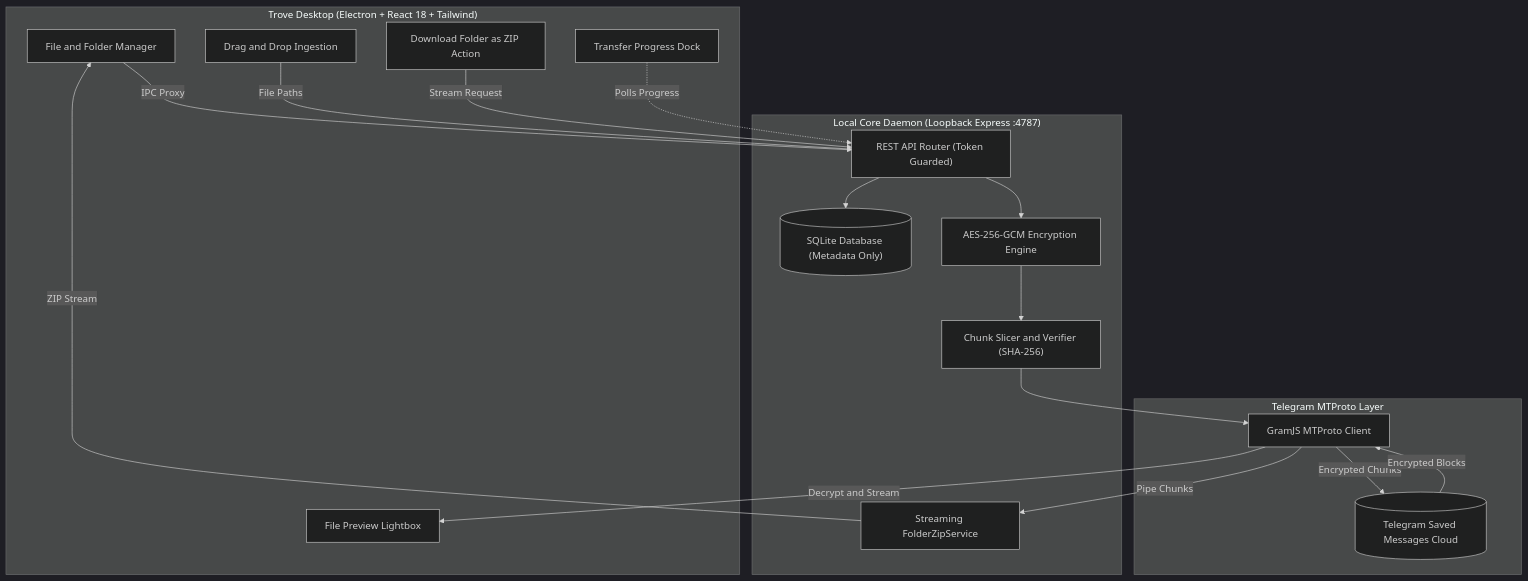
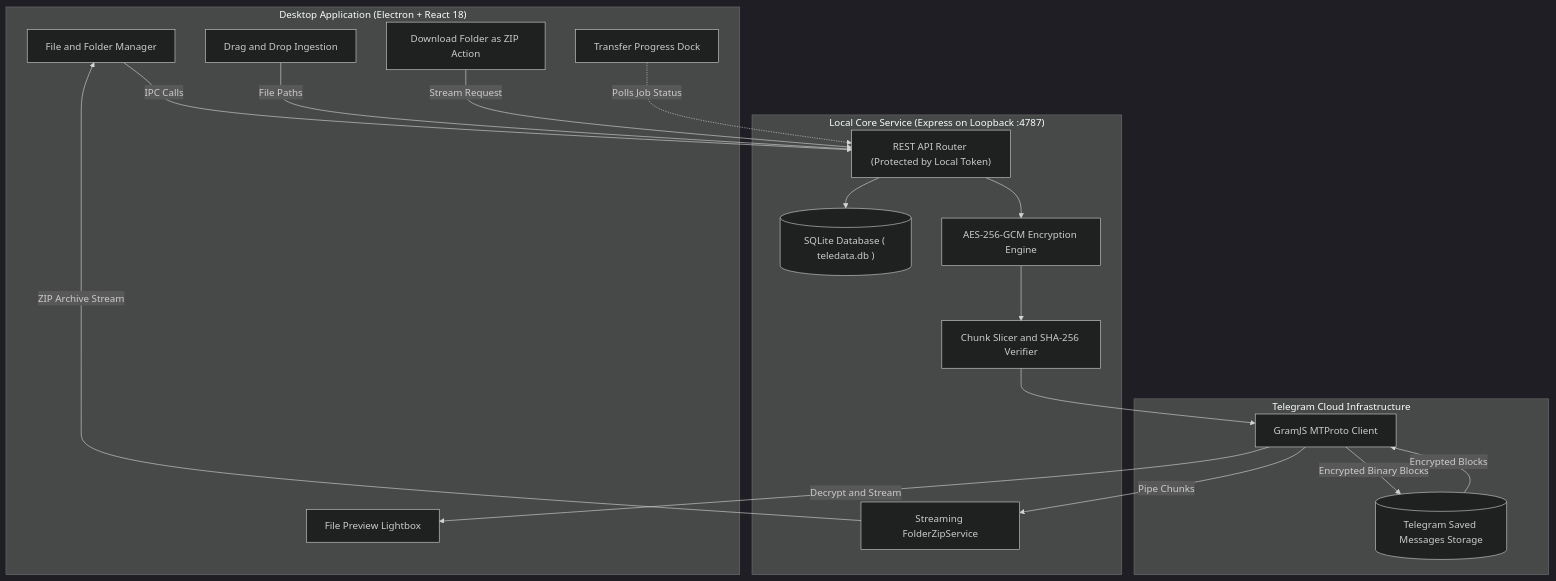
The diagram in README.md (Daksh-create349/TROVE), drawn with Mermaid (dark theme) before and after one commit. The commit also changed other lines of this file and 1 other file, not shown here.

````diff
--- a/README.md
+++ b/README.md
@@ -99,38 +177,38 @@
 ```mermaid
 flowchart TD
-    subgraph Frontend ["Trove Desktop (Electron + React 18 + Tailwind)"]
+    subgraph Frontend ["Desktop Application (Electron + React 18)"]
         UI["File and Folder Manager"]
         DD["Drag and Drop Ingestion"]
-        ZBTN["Download Folder as ZIP Action"]
-        PVW["File Preview Lightbox"]
-        BAR["Transfer Progress Dock"]
+        ZIP_BTN["Download Folder as ZIP Action"]
+        PREV["File Preview Lightbox"]
+        DOCK["Transfer Progress Dock"]
     end
 
-    subgraph LocalCore ["Local Core Daemon (Loopback Express :4787)"]
-        API["REST API Router (Token Guarded)"]
-        SQL[("SQLite Database (Metadata Only)")]
-        CRYPT["AES-256-GCM Encryption Engine"]
-        CHUNK["Chunk Slicer and Verifier (SHA-256)"]
-        ZIP["Streaming FolderZipService"]
+    subgraph Core ["Local Core Service (Express on Loopback :4787)"]
+        ROUTER["REST API Router (Protected by Local Token)"]
+        SQL[("SQLite Database ( teledata.db )")]
+        CRYPTO["AES-256-GCM Encryption Engine"]
+        SLICER["Chunk Slicer and SHA-256 Verifier"]
+        ZIPPER["Streaming FolderZipService"]
     end
 
-    subgraph CloudLayer ["Telegram MTProto Layer"]
-        GRAM["GramJS MTProto Client"]
-        TG[("Telegram Saved Messages Cloud")]
+    subgraph Cloud ["Telegram Cloud Infrastructure"]
+        CLIENT["GramJS MTProto Client"]
+        STORAGE[("Telegram Saved Messages Storage")]
     end
 
-    UI -->|IPC Proxy| API
-    DD -->|File Paths| API
-    ZBTN -->|Stream Request| API
+    UI -->|IPC Calls| ROUTER
+    DD -->|File Paths| ROUTER
+    ZIP_BTN -->|Stream Request| ROUTER
     
-    API --> SQL
-    API --> CRYPT
-    CRYPT --> CHUNK
-    CHUNK --> GRAM
-    GRAM -->|Encrypted Chunks| TG
-    TG -->|Encrypted Blocks| GRAM
-    GRAM -->|Decrypt and Stream| PVW
-    GRAM -->|Pipe Chunks| ZIP
-    ZIP -->|ZIP Stream| UI
-    BAR -.->|Polls Progress| API
+    ROUTER --> SQL
+    ROUTER --> CRYPTO
+    CRYPTO --> SLICER
+    SLICER --> CLIENT
+    CLIENT -->|Encrypted Binary Blocks| STORAGE
+    STORAGE -->|Encrypted Blocks| CLIENT
+    CLIENT -->|Decrypt and Stream| PREV
+    CLIENT -->|Pipe Chunks| ZIPPER
+    ZIPPER -->|ZIP Archive Stream| UI
+    DOCK -.->|Polls Job Status| ROUTER
 ```
````
